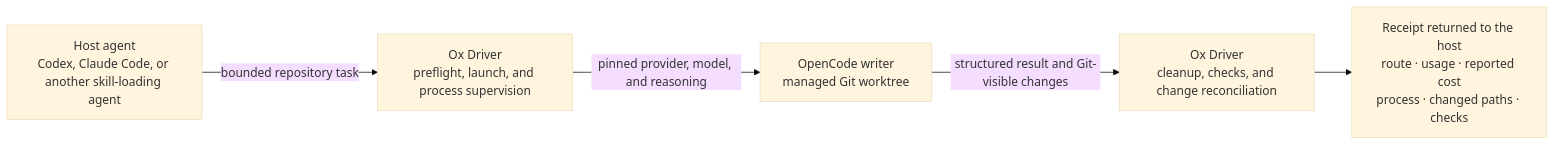
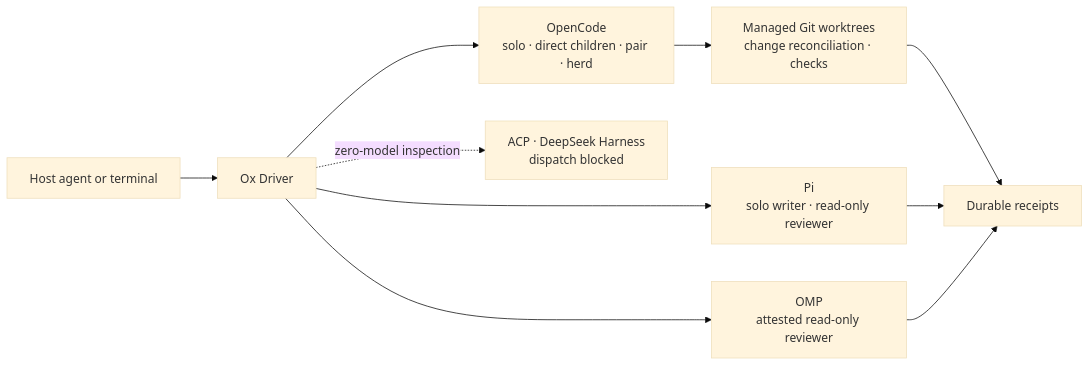
One commit to jvogan/ox-driver changed the diagram in README.md. Above: the diagram before and after it, drawn with Mermaid (base theme). The commit also changed other lines of this file and 81 other files, not shown here.

Commit message:
restore full multi-harness Ox Driver release

````diff
--- a/README.md
+++ b/README.md
@@ -17,16 +15,16 @@
 ```mermaid
 flowchart LR
-    accTitle: Ox Driver single-task flow
-    accDescr: A host agent sends a bounded repository task to Ox Driver. Ox Driver supervises an OpenCode writer in a managed Git worktree, runs checks, reconciles changes, and returns a durable receipt.
+    accTitle: Ox Driver harness and receipt flow
+    accDescr: A host agent or terminal selects Ox Driver, which dispatches supported work to OpenCode, Pi, or OMP and returns durable receipts. ACP and DeepSeek Harness provide inspection only.
 
-    H["Host agent<br/>Codex, Claude Code, or another skill-loading agent"]
-    O1["Ox Driver<br/>preflight, launch, and process supervision"]
-    W["OpenCode writer<br/>managed Git worktree"]
-    O2["Ox Driver<br/>cleanup, checks, and change reconciliation"]
-    R["Receipt returned to the host<br/>route · usage · reported cost<br/>process · changed paths · checks"]
+    H["Host agent or terminal"] --> O["Ox Driver"]
+    O --> OC["OpenCode<br/>solo · direct children · pair · herd"]
+    O --> PI["Pi<br/>solo writer · read-only reviewer"]
+    O --> OM["OMP<br/>attested read-only reviewer"]
+    O -. "zero-model inspection" .-> Q["ACP · DeepSeek Harness<br/>dispatch blocked"]
 
-    H -->|"bounded repository task"| O1
-    O1 -->|"pinned provider, model, and reasoning"| W
-    W -->|"structured result and Git-visible changes"| O2
-    O2 --> R
+    OC --> W["Managed Git worktrees<br/>change reconciliation · checks"]
+    W --> R["Durable receipts"]
+    PI --> R
+    OM --> R
 ```
````
